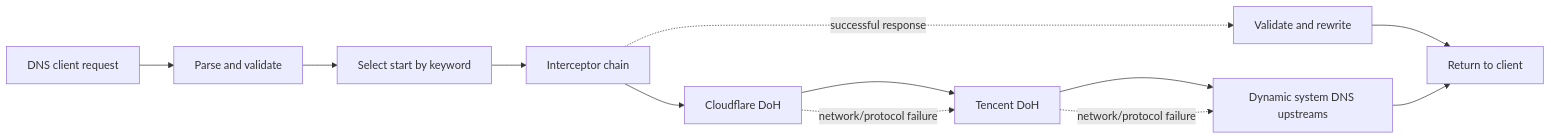
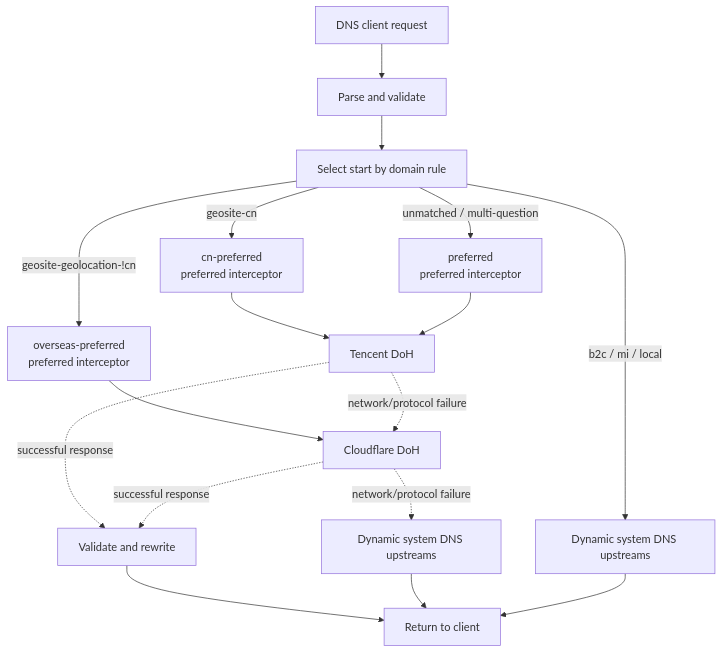
The diagram in docs/en/architecture.md (Fuxx-1/EdgeSteer), drawn with Mermaid before and after one commit. The commit also changed other lines of this file and 20 other files, not shown here.

````diff
--- a/docs/en/architecture.md
+++ b/docs/en/architecture.md
@@ -9,14 +9,19 @@
 ```mermaid
-flowchart LR
+flowchart TB
     C["DNS client request"] --> P["Parse and validate"]
-    P --> R["Select start by keyword"]
-    R --> I["Interceptor chain"]
-    I --> D["Cloudflare DoH"]
-    D --> T["Tencent DoH"]
-    T --> L["Dynamic system DNS upstreams"]
-    I -. "successful response" .-> W["Validate and rewrite"]
-    D -. "network/protocol failure" .-> T
-    T -. "network/protocol failure" .-> L
+    P --> R["Select start by domain rule"]
+    R -->|"b2c / mi / local"| K["Dynamic system DNS upstreams"]
+    R -->|"geosite-cn"| CN["cn-preferred<br/>preferred interceptor"]
+    R -->|"geosite-geolocation-!cn"| OS["overseas-preferred<br/>preferred interceptor"]
+    R -->|"unmatched / multi-question"| DF["preferred<br/>preferred interceptor"]
+    CN --> T["Tencent DoH"]
+    DF --> T
+    OS --> D["Cloudflare DoH"]
+    T -. "network/protocol failure" .-> D
+    D -. "network/protocol failure" .-> L["Dynamic system DNS upstreams"]
+    T -. "successful response" .-> W["Validate and rewrite"]
+    D -. "successful response" .-> W
     W --> O["Return to client"]
     L --> O
+    K --> O
 ```
````
